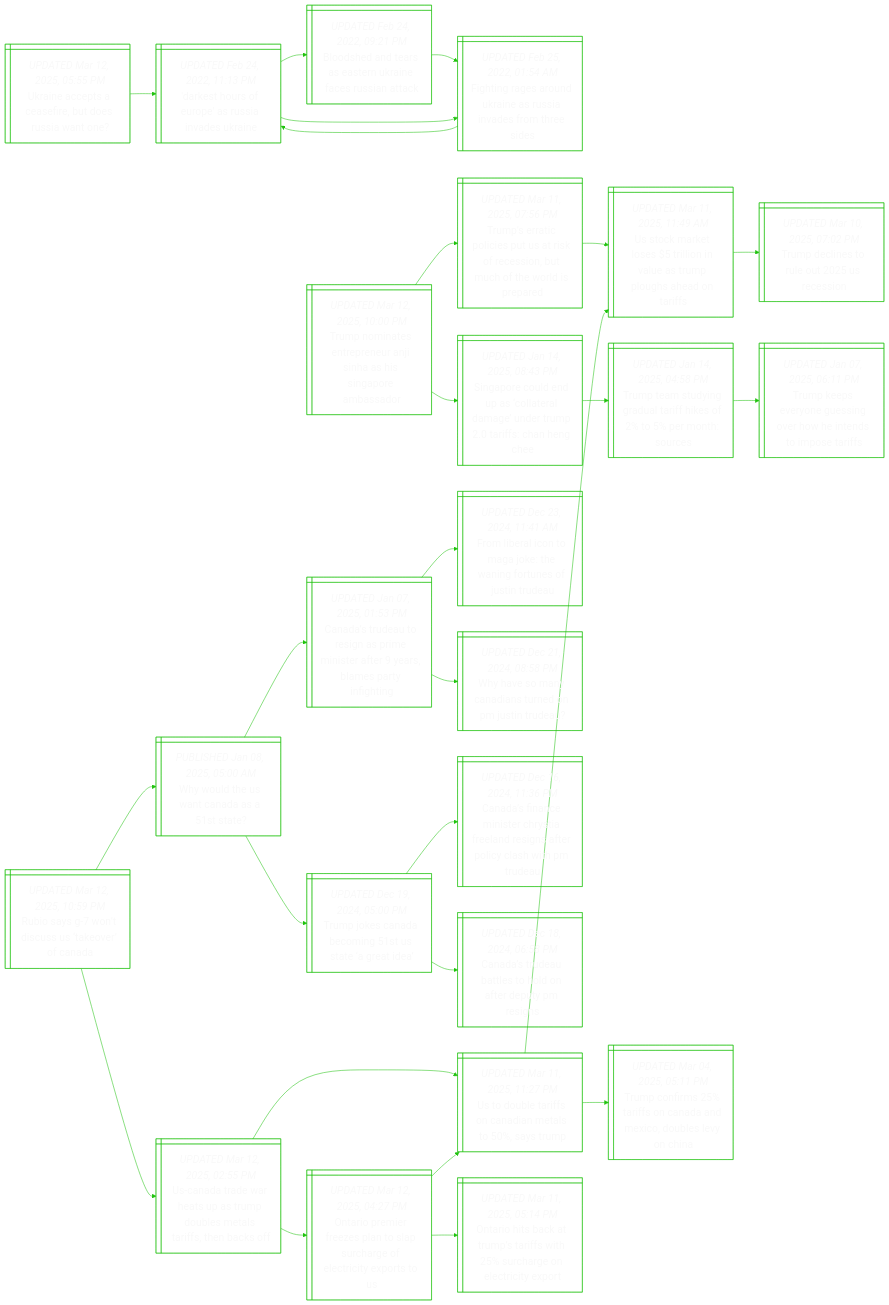
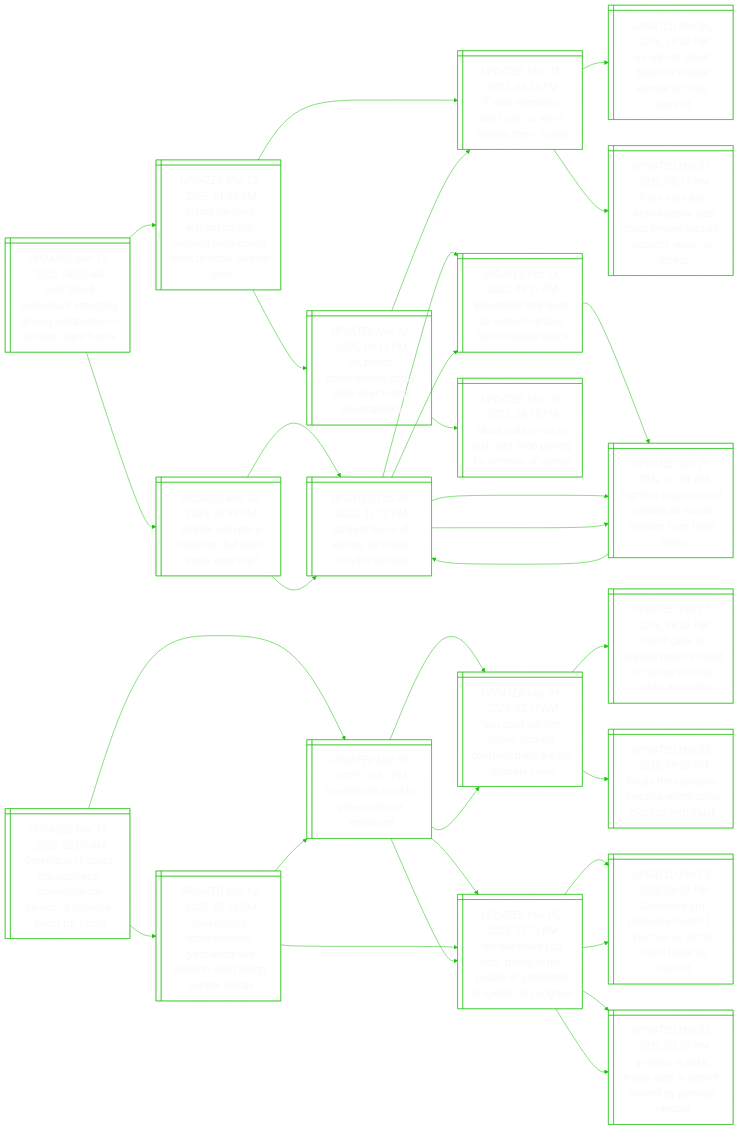
Before and after one commit to notJmes/notJmes: the diagram in README.md, drawn with Mermaid. The commit also changed other lines of this file, not shown here.

````diff
--- a/README.md
+++ b/README.md
@@ -35,72 +35,87 @@
 DsruasvUn:::txtsize --> Figokesnsts:::txtsize
 Figokesnsts:::txtsize --> DsruasvUn:::txtsize
 
-TnanrrSaSpma@{ shape: win-pane, label: "_UPDATED Mar 12, 2025, 10:00 PM_
-Trump nominates entrepreneur anji sinha as his singapore ambassador" }
-Sponsalgemihne@{ shape: win-pane, label: "_UPDATED Jan 14, 2025, 08:43 PM_
-Singapore could end up as ‘collateral damage’ under trump 2.0 tariffs: chan heng chee" }
-Tttndahoetr@{ shape: win-pane, label: "_UPDATED Jan 14, 2025, 04:58 PM_
-Trump team studying gradual tariff hikes of 2% to 5% per month: sources" }
-Tkeoeghidmtf@{ shape: win-pane, label: "_UPDATED Jan 07, 2025, 06:11 PM_
-Trump keeps everyone guessing over how he intends to impose tariffs" }
-TstlsSseitowip@{ shape: win-pane, label: "_UPDATED Mar 11, 2025, 07:56 PM_
-Trump’s erratic policies put us at risk of recession, but much of the world is prepared" }
-UcksinlTphaas@{ shape: win-pane, label: "_UPDATED Mar 11, 2025, 11:49 AM_
-Us stock market loses $5 trillion in value as trump ploughs ahead on tariffs" }
-Tdnruei@{ shape: win-pane, label: "_UPDATED Mar 10, 2025, 07:02 PM_
-Trump declines to rule out 2025 us recession" }
+Vroseggpoaaa@{ shape: win-pane, label: "_UPDATED Mar 13, 2025, 04:25 AM_
+‘very broad consensus’ emerging among europeans on ukraine, says france" }
+Unecfusit@{ shape: win-pane, label: "_UPDATED Mar 12, 2025, 05:55 PM_
+Ukraine accepts a ceasefire, but does russia want one?" }
+DsruasvUn@{ shape: win-pane, label: "_UPDATED Feb 24, 2022, 11:13 PM_
+'darkest hours of europe' as russia invades ukraine" }
+Bsnranicsak@{ shape: win-pane, label: "_UPDATED Feb 24, 2022, 09:21 PM_
+Bloodshed and tears as eastern ukraine faces russian attack" }
+Figokesnsts@{ shape: win-pane, label: "_UPDATED Feb 25, 2022, 01:54 AM_
+Fighting rages around ukraine as russia invades from three sides" }
+IeitUyemeehru@{ shape: win-pane, label: "_UPDATED Mar 12, 2025, 01:53 AM_
+In rare meeting without us ally, western army chiefs meet to show ukraine unity" }
+IoenUtnmp@{ shape: win-pane, label: "_UPDATED Mar 07, 2025, 05:23 PM_
+If nato members don’t pay, us won’t defend them: trump" }
+Psnaeesussiwet@{ shape: win-pane, label: "_UPDATED Mar 07, 2025, 05:17 PM_
+Putin says any ukraine peace deal must ensure russia’s security, vows no retreat" }
+Wnolykocsi@{ shape: win-pane, label: "_UPDATED Mar 06, 2025, 10:42 PM_
+‘we are not alone’: zelensky thanks europe at crisis summit" }
+Utodhitucis@{ shape: win-pane, label: "_UPDATED Mar 12, 2025, 09:13 PM_
+Us, british commanders show unity after trump uncertainties" }
+IoenUtnmp@{ shape: win-pane, label: "_UPDATED Mar 07, 2025, 05:23 PM_
+If nato members don’t pay, us won’t defend them: trump" }
+ManqaoirnEe@{ shape: win-pane, label: "_UPDATED Mar 09, 2025, 06:18 PM_
+Musk calls on us to quit nato, stop paying for defence of europe" }
 
-TnanrrSaSpma:::txtsize --> Sponsalgemihne:::txtsize
-Sponsalgemihne:::txtsize --> Tttndahoetr:::txtsize
-Tttndahoetr:::txtsize --> Tkeoeghidmtf:::txtsize
-TnanrrSaSpma:::txtsize --> TstlsSseitowip:::txtsize
-TstlsSseitowip:::txtsize --> UcksinlTphaas:::txtsize
-UcksinlTphaas:::txtsize --> Tdnruei:::txtsize
+Vroseggpoaaa:::txtsize --> Unecfusit:::txtsize
+Unecfusit:::txtsize --> DsruasvUn:::txtsize
+DsruasvUn:::txtsize --> Bsnranicsak:::txtsize
+DsruasvUn:::txtsize --> Figokesnsts:::txtsize
+Vroseggpoaaa:::txtsize --> IeitUyemeehru:::txtsize
+IeitUyemeehru:::txtsize --> IoenUtnmp:::txtsize
+IoenUtnmp:::txtsize --> Psnaeesussiwet:::txtsize
+IoenUtnmp:::txtsize --> Wnolykocsi:::txtsize
+IeitUyemeehru:::txtsize --> Utodhitucis:::txtsize
+Utodhitucis:::txtsize --> IoenUtnmp:::txtsize
+Utodhitucis:::txtsize --> ManqaoirnEe:::txtsize
 
-Rswiskrn@{ shape: win-pane, label: "_UPDATED Mar 12, 2025, 10:59 PM_
-Rubio says g-7 won’t discuss us ‘takeover’ of canada" }
-Wuenaaa@{ shape: win-pane, label: "_PUBLISHED Jan 08, 2025, 05:00 AM_
-Why would the us want canada as a 51st state?" }
-Cadogrieermrfi@{ shape: win-pane, label: "_UPDATED Jan 07, 2025, 01:53 PM_
-Canada’s trudeau to resign as prime minister after 9 years, blames party infighting" }
-FiltaTnoeuTa@{ shape: win-pane, label: "_UPDATED Dec 23, 2024, 11:41 AM_
-From liberal icon to maga joke: the waning fortunes of justin trudeau" }
-WvannnPtu@{ shape: win-pane, label: "_UPDATED Dec 21, 2024, 08:58 PM_
-Why have so many canadians turned on pm justin trudeau?" }
-TjCamtard@{ shape: win-pane, label: "_UPDATED Dec 19, 2024, 05:00 PM_
-Trump jokes canada becoming 51st us state ‘a great idea’" }
-CaaieyFasapyhPd@{ shape: win-pane, label: "_UPDATED Dec 16, 2024, 11:36 PM_
-Canada’s finance minister chrystia freeland resigns after policy clash with pm trudeau" }
-CadaslfePi@{ shape: win-pane, label: "_UPDATED Dec 18, 2024, 06:58 PM_
-Canada’s trudeau battles to hold on after deputy pm resigns" }
-UaarsTdeartaf@{ shape: win-pane, label: "_UPDATED Mar 12, 2025, 02:55 PM_
-Us-canada trade war heats up as trump doubles metals tariffs, then backs off" }
-Uotfaaasr@{ shape: win-pane, label: "_UPDATED Mar 11, 2025, 11:27 PM_
-Us to double tariffs on canadian metals to 50%, says trump" }
-UcksinlTphaas@{ shape: win-pane, label: "_UPDATED Mar 11, 2025, 11:49 AM_
-Us stock market loses $5 trillion in value as trump ploughs ahead on tariffs" }
-TcrroadcbeC@{ shape: win-pane, label: "_UPDATED Mar 04, 2025, 05:11 PM_
-Trump confirms 25% tariffs on canada and mexico, doubles levy on china" }
-Oimrstphocipt@{ shape: win-pane, label: "_UPDATED Mar 12, 2025, 04:27 PM_
-Ontario premier freezes plan to slap surcharge of electricity exports to us" }
-Oisamrwureryr@{ shape: win-pane, label: "_UPDATED Mar 11, 2025, 05:14 PM_
-Ontario hits back at trump’s tariffs with 25% surcharge on electricity export" }
-Uotfaaasr@{ shape: win-pane, label: "_UPDATED Mar 11, 2025, 11:27 PM_
-Us to double tariffs on canadian metals to 50%, says trump" }
+GlhsuseeastasT@{ shape: win-pane, label: "_UPDATED Mar 13, 2025, 02:06 AM_
+Greenland chooses pro-business, independence parties, in potential boost for trump" }
+Glropnpe@{ shape: win-pane, label: "_UPDATED Mar 09, 2025, 03:51 PM_
+Greenland’s road to independence explained" }
+WlycmhpGlncos@{ shape: win-pane, label: "_UPDATED Mar 05, 2025, 03:19 PM_
+‘we will make you rich’: trump to the people of greenland in speech to congress" }
+Acauypmdrno@{ shape: win-pane, label: "_UPDATED Mar 05, 2025, 03:51 PM_
+‘america is back,’ trump says in speech marred by partisan rancour" }
+GlMoaloriddns@{ shape: win-pane, label: "_UPDATED Feb 05, 2025, 04:31 PM_
+Greenland pm proposes march 11 election as arctic island fields us interest" }
+Ynhwmninhter@{ shape: win-pane, label: "_UPDATED Mar 09, 2025, 02:17 AM_
+‘you can’t pin him down’: trump’s contradictions are his ultimate cover" }
+IexiewRceh@{ shape: win-pane, label: "_UPDATED Mar 08, 2025, 09:02 PM_
+Inside the explosive meeting where rubio clashed with musk" }
+Cfasepduoman@{ shape: win-pane, label: "_UPDATED Feb 27, 2025, 06:26 PM_
+Clip of gaza as seaside resort posted on trump’s social media accounts" }
+Gliecdsntmunpe@{ shape: win-pane, label: "_UPDATED Mar 12, 2025, 05:18 PM_
+Greenland’s independence gradualists win election amid trump control pledge" }
+WlycmhpGlncos@{ shape: win-pane, label: "_UPDATED Mar 05, 2025, 03:19 PM_
+‘we will make you rich’: trump to the people of greenland in speech to congress" }
+Acauypmdrno@{ shape: win-pane, label: "_UPDATED Mar 05, 2025, 03:51 PM_
+‘america is back,’ trump says in speech marred by partisan rancour" }
+GlMoaloriddns@{ shape: win-pane, label: "_UPDATED Feb 05, 2025, 04:31 PM_
+Greenland pm proposes march 11 election as arctic island fields us interest" }
+Glropnpe@{ shape: win-pane, label: "_UPDATED Mar 09, 2025, 03:51 PM_
+Greenland’s road to independence explained" }
+WlycmhpGlncos@{ shape: win-pane, label: "_UPDATED Mar 05, 2025, 03:19 PM_
+‘we will make you rich’: trump to the people of greenland in speech to congress" }
+Ynhwmninhter@{ shape: win-pane, label: "_UPDATED Mar 09, 2025, 02:17 AM_
+‘you can’t pin him down’: trump’s contradictions are his ultimate cover" }
 
-Rswiskrn:::txtsize --> Wuenaaa:::txtsize
-Wuenaaa:::txtsize --> Cadogrieermrfi:::txtsize
-Cadogrieermrfi:::txtsize --> FiltaTnoeuTa:::txtsize
-Cadogrieermrfi:::txtsize --> WvannnPtu:::txtsize
-Wuenaaa:::txtsize --> TjCamtard:::txtsize
-TjCamtard:::txtsize --> CaaieyFasapyhPd:::txtsize
-TjCamtard:::txtsize --> CadaslfePi:::txtsize
-Rswiskrn:::txtsize --> UaarsTdeartaf:::txtsize
-UaarsTdeartaf:::txtsize --> Uotfaaasr:::txtsize
-Uotfaaasr:::txtsize --> UcksinlTphaas:::txtsize
-Uotfaaasr:::txtsize --> TcrroadcbeC:::txtsize
-UaarsTdeartaf:::txtsize --> Oimrstphocipt:::txtsize
-Oimrstphocipt:::txtsize --> Oisamrwureryr:::txtsize
-Oimrstphocipt:::txtsize --> Uotfaaasr:::txtsize
+GlhsuseeastasT:::txtsize --> Glropnpe:::txtsize
+Glropnpe:::txtsize --> WlycmhpGlncos:::txtsize
+WlycmhpGlncos:::txtsize --> Acauypmdrno:::txtsize
+WlycmhpGlncos:::txtsize --> GlMoaloriddns:::txtsize
+Glropnpe:::txtsize --> Ynhwmninhter:::txtsize
+Ynhwmninhter:::txtsize --> IexiewRceh:::txtsize
+Ynhwmninhter:::txtsize --> Cfasepduoman:::txtsize
+GlhsuseeastasT:::txtsize --> Gliecdsntmunpe:::txtsize
+Gliecdsntmunpe:::txtsize --> WlycmhpGlncos:::txtsize
+WlycmhpGlncos:::txtsize --> Acauypmdrno:::txtsize
+WlycmhpGlncos:::txtsize --> GlMoaloriddns:::txtsize
+Gliecdsntmunpe:::txtsize --> Glropnpe:::txtsize
+Glropnpe:::txtsize --> WlycmhpGlncos:::txtsize
+Glropnpe:::txtsize --> Ynhwmninhter:::txtsize
 
 ```
````
